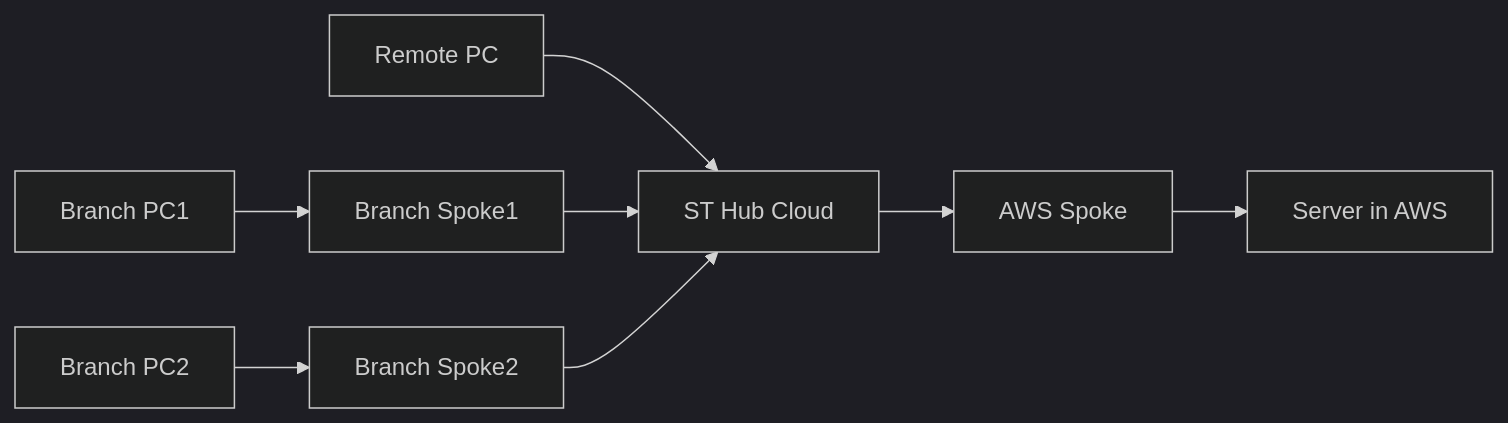
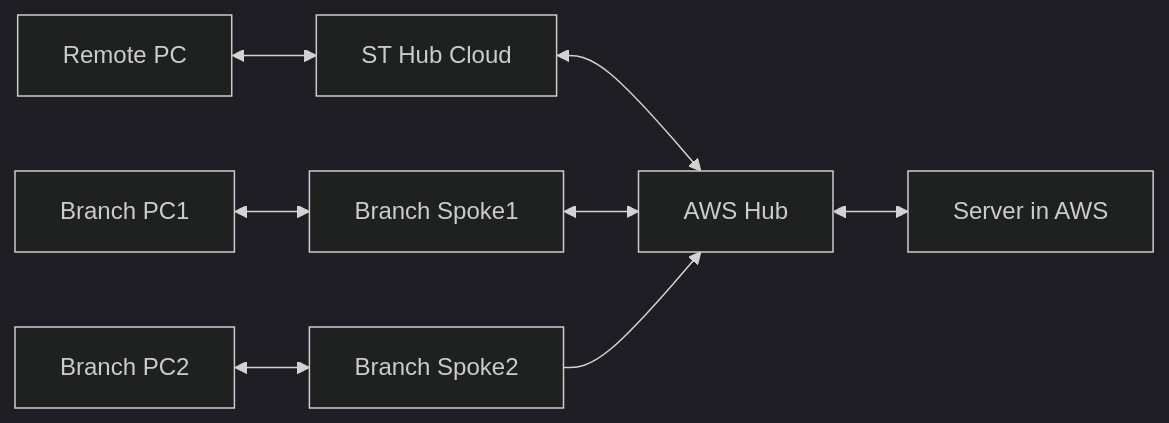
One commit to eli-jang/sumologic-documentation changed the first of 3 diagrams in Test.md. Above: the diagram before and after it, drawn with Mermaid (dark theme). The commit also changed other lines of this file, not shown here.

````diff
--- a/Test.md
+++ b/Test.md
@@ -4,19 +4,19 @@
 ```mermaid
 flowchart LR
     RemotePC[Remote PC]
     STHub[ST Hub Cloud]
-    AWSspoke[AWS Spoke]
+    AWSHub[AWS Hub]
     Server[Server in AWS]
     BranchPC1[Branch PC1]
     BranchPC2[Branch PC2]
     BranchSpoke1[Branch Spoke1]
     BranchSpoke2[Branch Spoke2]
 
-    RemotePC --> STHub
-    STHub --> AWSspoke
-    AWSspoke --> Server
-    BranchPC1 --> BranchSpoke1
-    BranchPC2 --> BranchSpoke2
-    BranchSpoke1 --> STHub
-    BranchSpoke2 --> STHub
+    RemotePC <--> STHub
+    STHub <--> AWSHub
+    AWSHub <--> Server
+    BranchPC1 <--> BranchSpoke1
+    BranchPC2 <--> BranchSpoke2
+    BranchSpoke1 <--> AWSHub
+    BranchSpoke2 --> AWSHub
 ```
````
